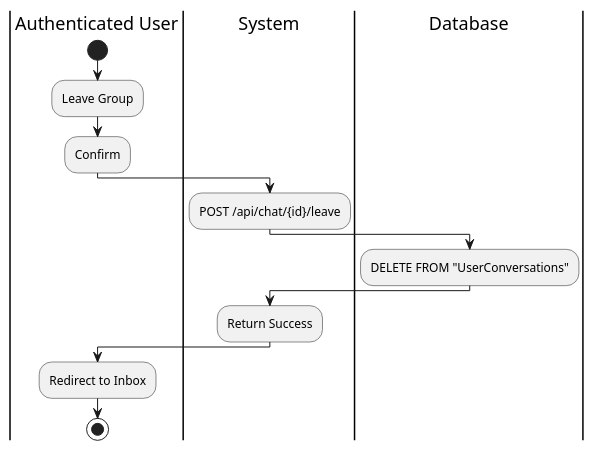
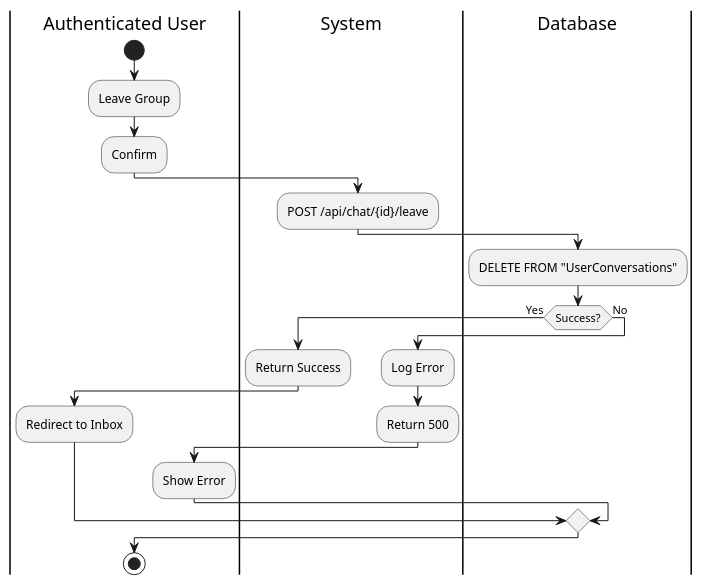
One commit to I-Love-U-3000/Favi-BE changed diagram 15 of 16 in UC_2.1.7_Chat.md. Above: the diagram before and after it, drawn with PlantUML. The commit also changed other lines of this file and 4 other files, not shown here.

````diff
--- a/UC_2.1.7_Chat.md
+++ b/UC_2.1.7_Chat.md
@@ -572,17 +605,25 @@
 ```plantuml
 @startuml
 |Authenticated User|
 start
 :Leave Group;
 :Confirm;
 |System|
 :POST /api/chat/{id}/leave;
 |Database|
 :DELETE FROM "UserConversations";
-|System|
-:Return Success;
-|Authenticated User|
-:Redirect to Inbox;
+if (Success?) then (Yes)
+    |System|
+    :Return Success;
+    |Authenticated User|
+    :Redirect to Inbox;
+else (No)
+    |System|
+    :Log Error;
+    :Return 500;
+    |Authenticated User|
+    :Show Error;
+endif
 stop
 @enduml
 ```
````
